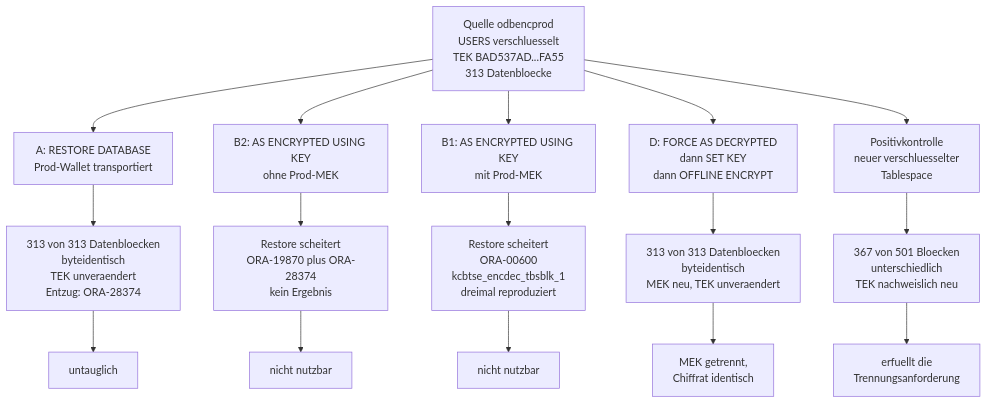
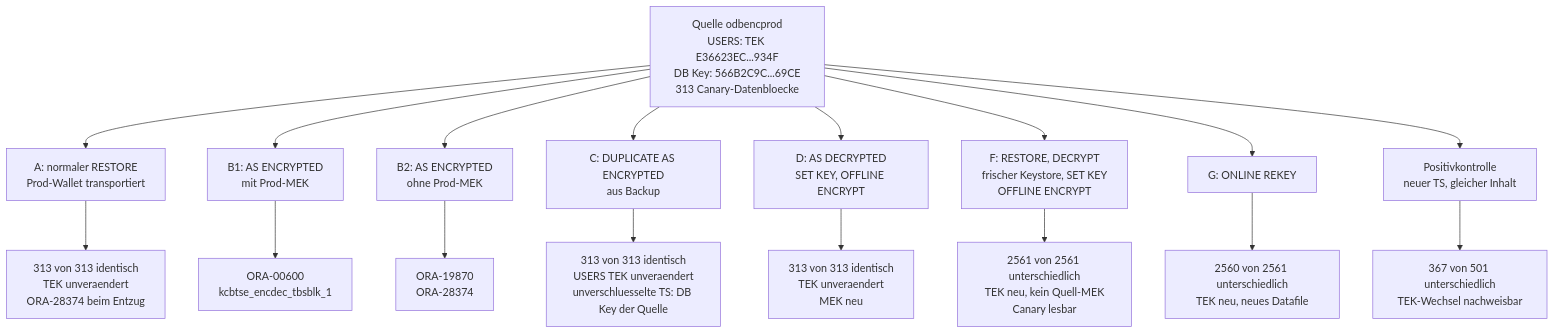
One commit to oehrlis/oracle-free-labs changed the seventh of 8 diagrams in doc/tde-key-architecture.md. Above: the diagram before and after it, drawn with Mermaid. The commit also changed other lines of this file and 1 other file, not shown here.

First line of the commit message:
docs(tde): rewrite key architecture doc with measured dependency model

````diff
--- a/doc/tde-key-architecture.md
+++ b/doc/tde-key-architecture.md
@@ -190,22 +302,22 @@
 ```mermaid
 flowchart TB
-    SRC["Quelle odbencprod<br/>USERS verschluesselt<br/>TEK BAD537AD...FA55<br/>313 Datenbloecke"]
+    SRC["Quelle odbencprod<br/>USERS: TEK E36623EC...934F<br/>DB Key: 566B2C9C...69CE<br/>313 Canary-Datenbloecke"]
 
-    SRC --> A["A: RESTORE DATABASE<br/>Prod-Wallet transportiert"]
-    SRC --> B2["B2: AS ENCRYPTED USING KEY<br/>ohne Prod-MEK"]
-    SRC --> B1["B1: AS ENCRYPTED USING KEY<br/>mit Prod-MEK"]
-    SRC --> D["D: FORCE AS DECRYPTED<br/>dann SET KEY<br/>dann OFFLINE ENCRYPT"]
-    SRC --> P["Positivkontrolle<br/>neuer verschluesselter<br/>Tablespace"]
+    SRC --> A["A: normaler RESTORE<br/>Prod-Wallet transportiert"]
+    SRC --> B1["B1: AS ENCRYPTED<br/>mit Prod-MEK"]
+    SRC --> B2["B2: AS ENCRYPTED<br/>ohne Prod-MEK"]
+    SRC --> C["C: DUPLICATE AS ENCRYPTED<br/>aus Backup"]
+    SRC --> D["D: AS DECRYPTED<br/>SET KEY, OFFLINE ENCRYPT"]
+    SRC --> F["F: RESTORE, DECRYPT<br/>frischer Keystore, SET KEY<br/>OFFLINE ENCRYPT"]
+    SRC --> G["G: ONLINE REKEY"]
+    SRC --> PK["Positivkontrolle<br/>neuer TS, gleicher Inhalt"]
 
-    A --> AR["313 von 313 Datenbloecken<br/>byteidentisch<br/>TEK unveraendert<br/>Entzug: ORA-28374"]
-    B2 --> B2R["Restore scheitert<br/>ORA-19870 plus ORA-28374<br/>kein Ergebnis"]
-    B1 --> B1R["Restore scheitert<br/>ORA-00600<br/>kcbtse_encdec_tbsblk_1<br/>dreimal reproduziert"]
-    D --> DR["313 von 313 Datenbloecken<br/>byteidentisch<br/>MEK neu, TEK unveraendert"]
-    P --> PR["367 von 501 Bloecken<br/>unterschiedlich<br/>TEK nachweislich neu"]
-
-    AR --> NO1["untauglich"]
-    B2R --> NO2["nicht nutzbar"]
-    B1R --> NO3["nicht nutzbar"]
-    DR --> NO4["MEK getrennt,<br/>Chiffrat identisch"]
-    PR --> YES["erfuellt die<br/>Trennungsanforderung"]
+    A --> AR["313 von 313 identisch<br/>TEK unveraendert<br/>ORA-28374 beim Entzug"]
+    B1 --> B1R["ORA-00600<br/>kcbtse_encdec_tbsblk_1"]
+    B2 --> B2R["ORA-19870<br/>ORA-28374"]
+    C --> CR["313 von 313 identisch<br/>USERS TEK unveraendert<br/>unverschluesselte TS: DB Key der Quelle"]
+    D --> DR["313 von 313 identisch<br/>TEK unveraendert<br/>MEK neu"]
+    F --> FR["2561 von 2561 unterschiedlich<br/>TEK neu, kein Quell-MEK<br/>Canary lesbar"]
+    G --> GR["2560 von 2561 unterschiedlich<br/>TEK neu, neues Datafile"]
+    PK --> PKR["367 von 501 unterschiedlich<br/>TEK-Wechsel nachweisbar"]
 ```
````
